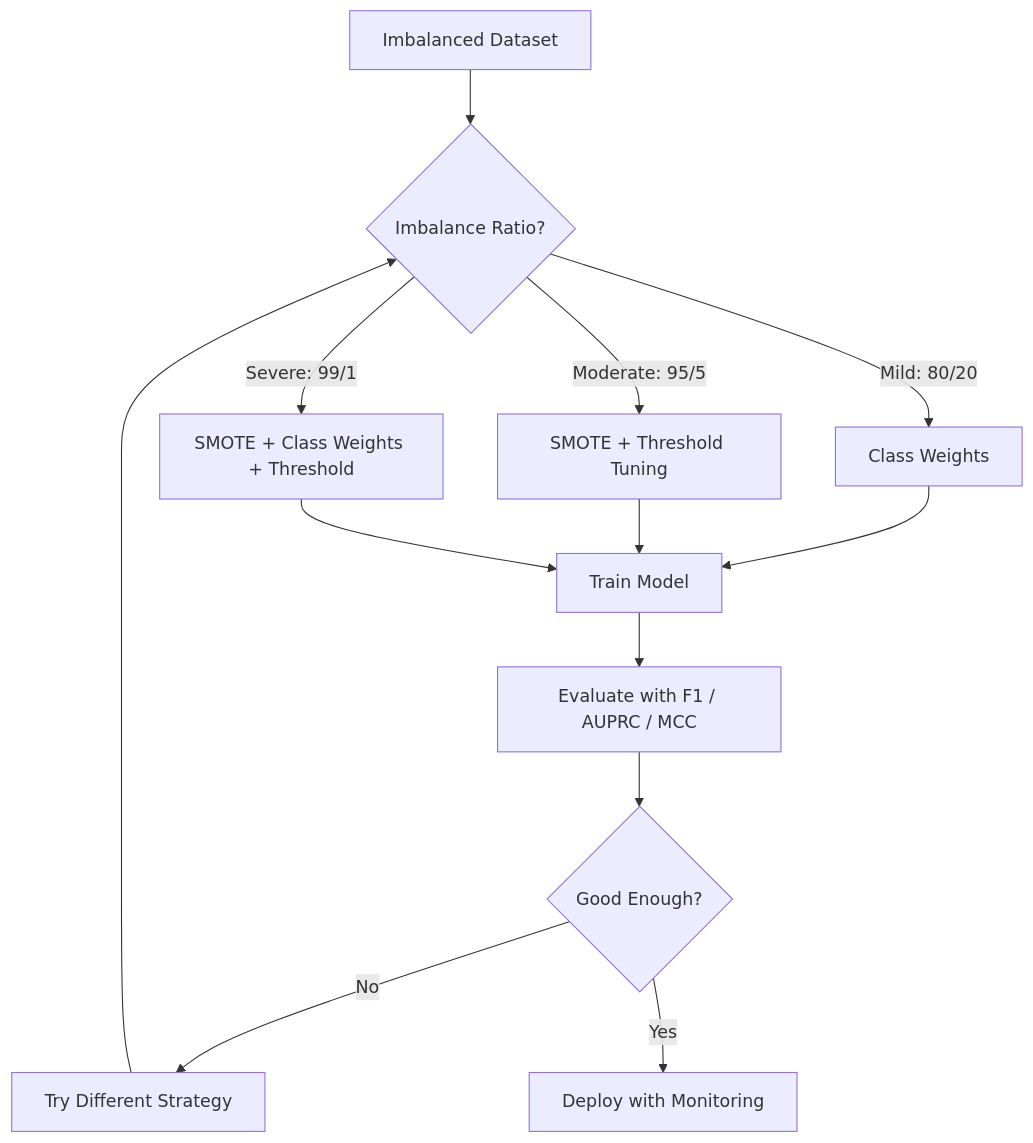
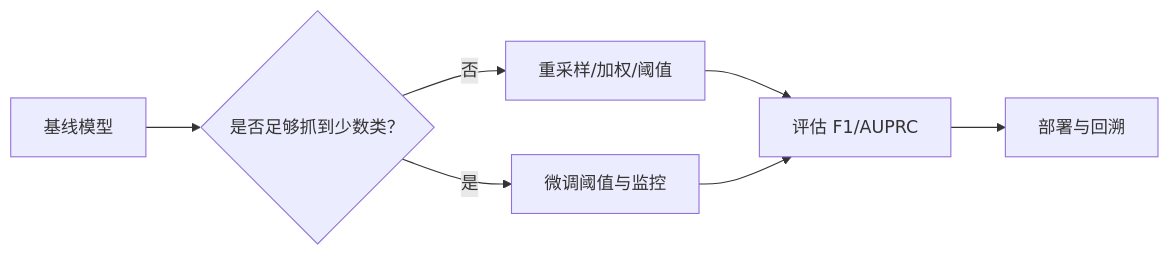
The first of 2 diagrams in phases/02-ml-fundamentals/17-imbalanced-data/docs/zh.md (omigaZen/ai-engineering-from-scratch), drawn with Mermaid before and after one commit. The commit also changed other lines of this file, not shown here.

````diff
--- a/phases/02-ml-fundamentals/17-imbalanced-data/docs/zh.md
+++ b/phases/02-ml-fundamentals/17-imbalanced-data/docs/zh.md
@@ -80,15 +63,9 @@
 ```mermaid
-flowchart TD
-    A[Imbalanced Dataset] --> B{Imbalance Ratio?}
-    B -->|Mild: 80/20| C[Class Weights]
-    B -->|Moderate: 95/5| D[SMOTE + Threshold Tuning]
-    B -->|Severe: 99/1| E[SMOTE + Class Weights + Threshold]
-    C --> F[Train Model]
-    D --> F
-    E --> F
-    F --> G[Evaluate with F1 / AUPRC / MCC]
-    G --> H{Good Enough?}
-    H -->|No| I[Try Different Strategy]
-    H -->|Yes| J[Deploy with Monitoring]
-    I --> B
+flowchart LR
+    A[基线模型] --> B{是否足够抓到少数类？}
+    B -->|否| C[重采样/加权/阈值]
+    B -->|是| D[微调阈值与监控]
+    C --> E[评估 F1/AUPRC]
+    D --> E
+    E --> F[部署与回溯]
 ```
````
